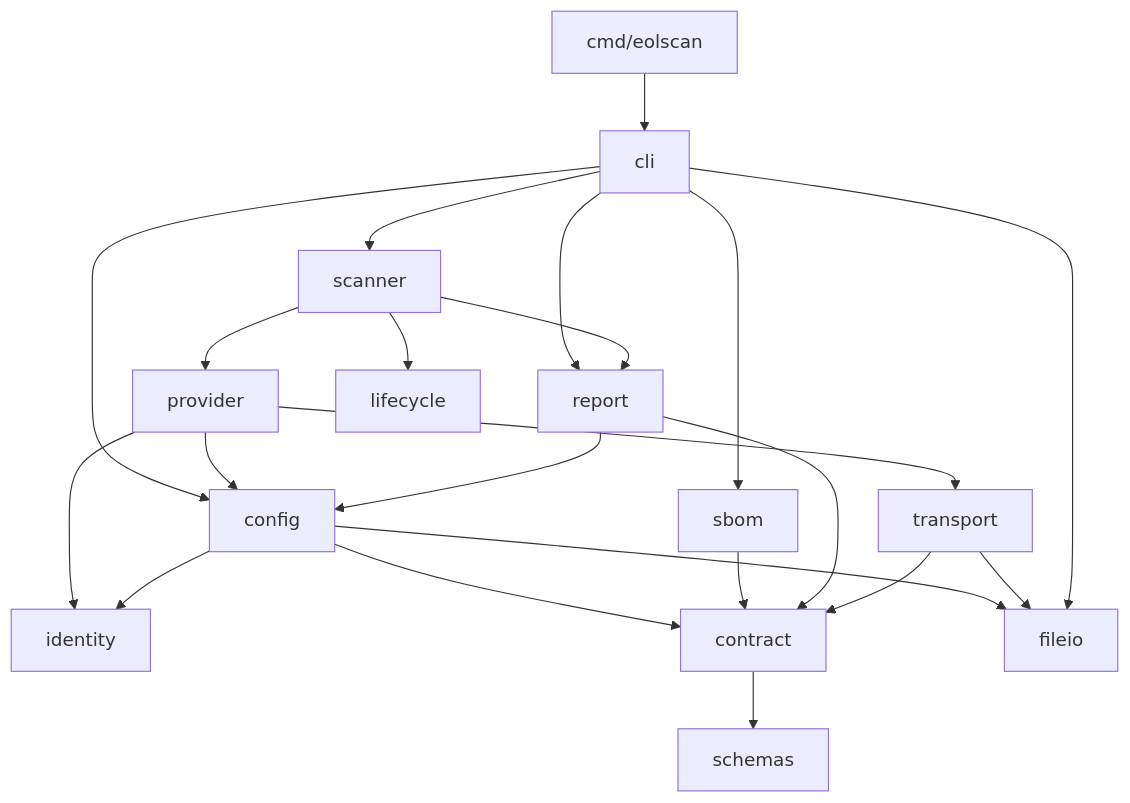
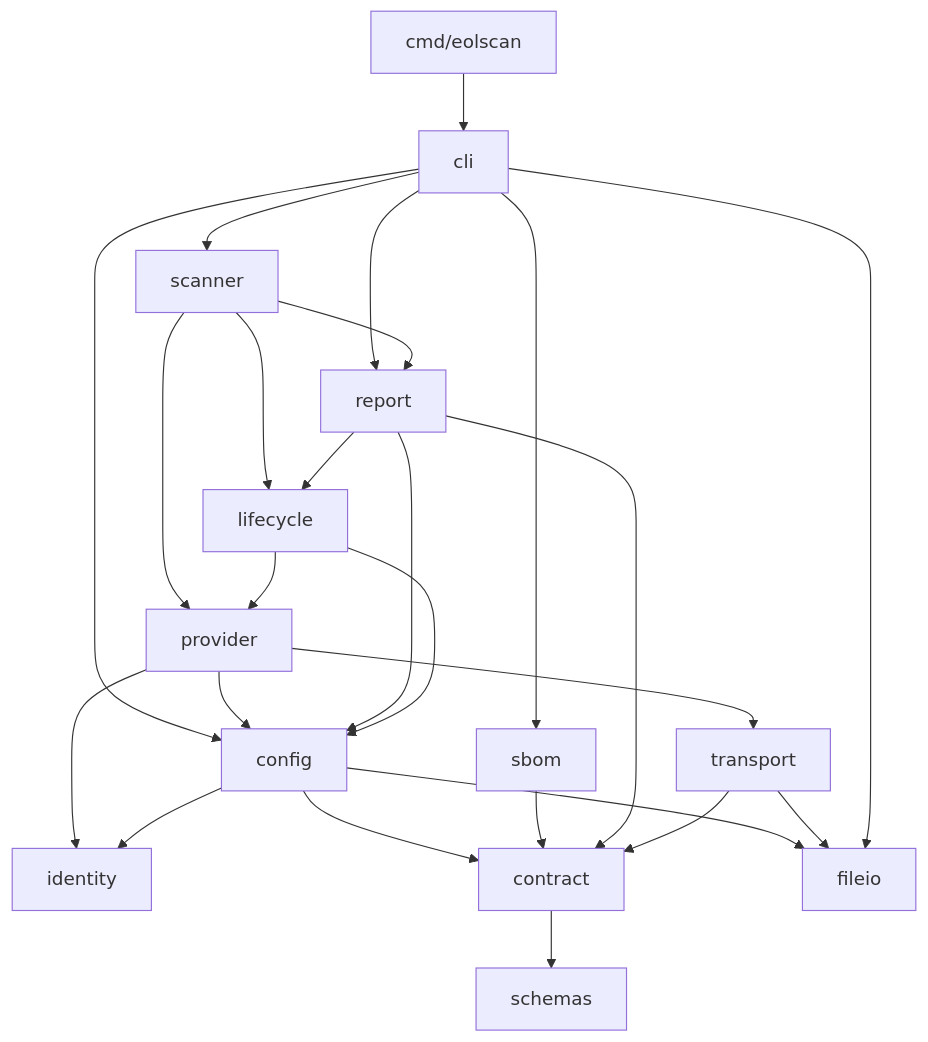
One commit to Pirikara/eolscan changed the diagram in docs/architecture.md. Above: the diagram before and after it, drawn with Mermaid. The commit also changed other lines of this file and 68 other files, not shown here.

````diff
--- a/docs/architecture.md
+++ b/docs/architecture.md
@@ -27,24 +27,27 @@
 ```mermaid
 flowchart TD
     command["cmd/eolscan"] --> cli
     cli --> config
     cli --> sbom
     cli --> scanner
     cli --> report
     scanner --> provider
     scanner --> lifecycle
     scanner --> report
     provider --> transport
     provider --> identity
     provider --> config
     config --> identity
     config --> contract
     config --> fileio
     sbom --> contract
     report --> contract
     report --> config
+    report --> lifecycle
+    lifecycle --> config
+    lifecycle --> provider
     transport --> contract
     transport --> fileio
     cli --> fileio
     contract --> schemas
 ```
````
